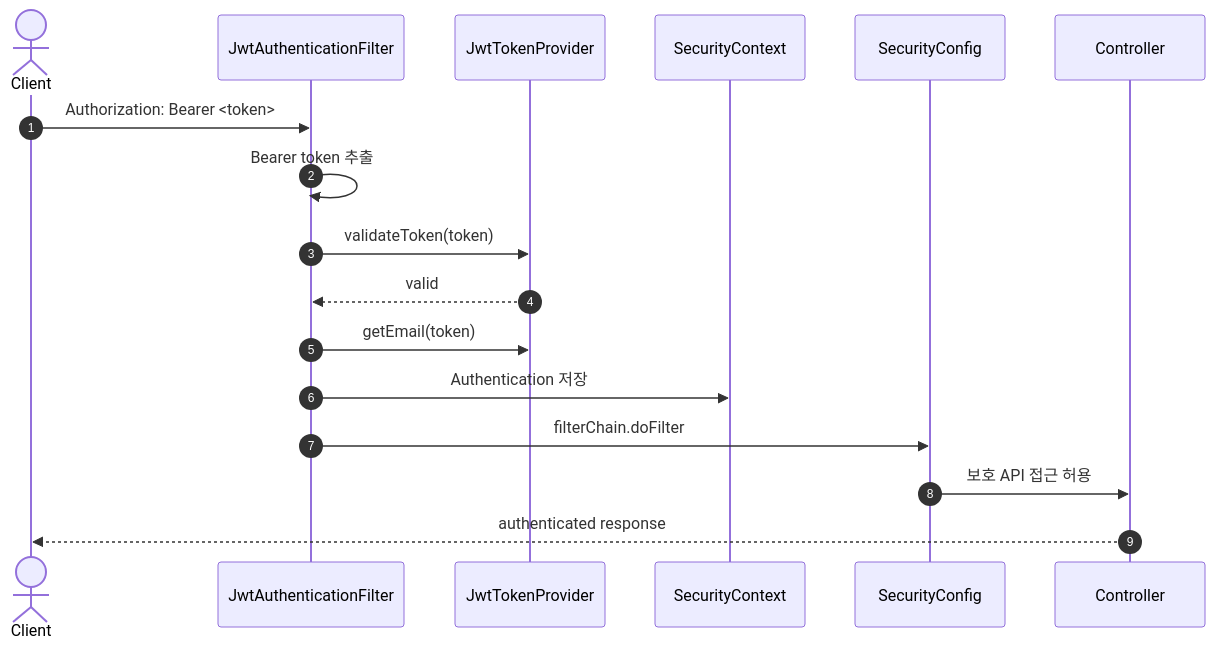
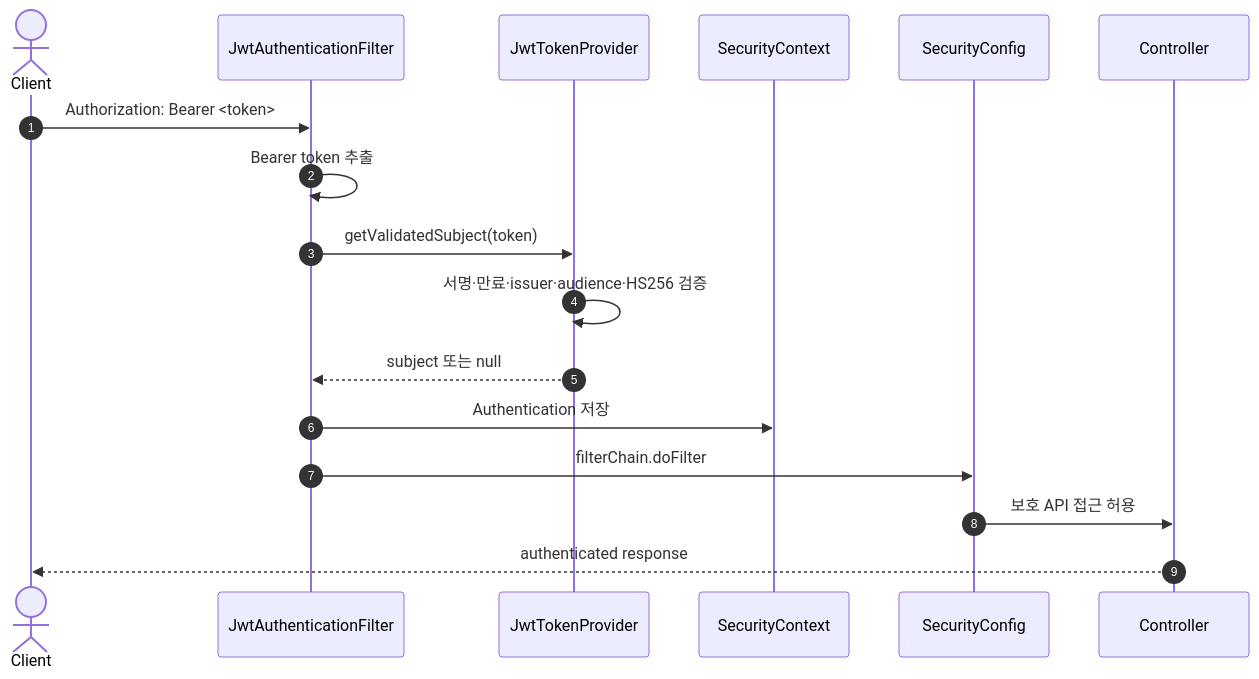
The second of 4 diagrams in docs/theory.md (stdiodh/spring-boot-db-access-lab), drawn with Mermaid before and after one commit. The commit also changed other lines of this file and 28 other files, not shown here.

````diff
--- a/docs/theory.md
+++ b/docs/theory.md
@@ -69,20 +76,20 @@
 ```mermaid
 sequenceDiagram
     autonumber
     actor Client
     participant Filter as JwtAuthenticationFilter
     participant TokenProvider as JwtTokenProvider
     participant Context as SecurityContext
     participant SecurityConfig
     participant Controller
 
     Client->>Filter: Authorization: Bearer <token>
     Filter->>Filter: Bearer token 추출
-    Filter->>TokenProvider: validateToken(token)
-    TokenProvider-->>Filter: valid
-    Filter->>TokenProvider: getEmail(token)
+    Filter->>TokenProvider: getValidatedSubject(token)
+    TokenProvider->>TokenProvider: 서명·만료·issuer·audience·HS256 검증
+    TokenProvider-->>Filter: subject 또는 null
     Filter->>Context: Authentication 저장
     Filter->>SecurityConfig: filterChain.doFilter
     SecurityConfig->>Controller: 보호 API 접근 허용
     Controller-->>Client: authenticated response
 ```
````
